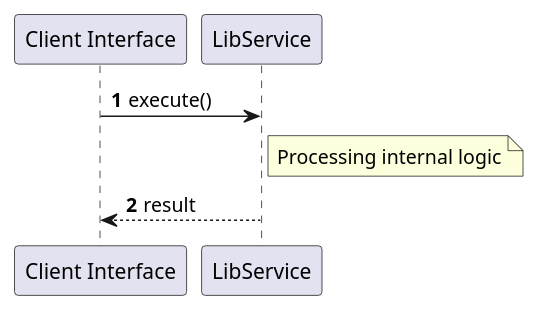
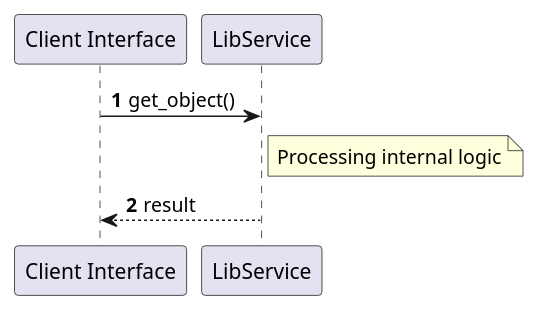
The sixth of 6 diagrams in openwiki/crates_factory_infrastructure_src_lib.md (lgcorzo/rust_CACD_autonomous_factory), drawn with PlantUML before and after one commit. The commit also changed other lines of this file and 96 other files, not shown here.

````diff
--- a/openwiki/crates_factory_infrastructure_src_lib.md
+++ b/openwiki/crates_factory_infrastructure_src_lib.md
@@ -200,11 +329,11 @@
 ```plantuml
 @startuml
 autonumber
 participant "Client Interface" as Caller
 participant "LibService" as Svc
-Caller -> Svc: execute()
+Caller -> Svc: get_object()
 note right of Svc: Processing internal logic
 Svc --> Caller: result
 @enduml
 
 ```
````
